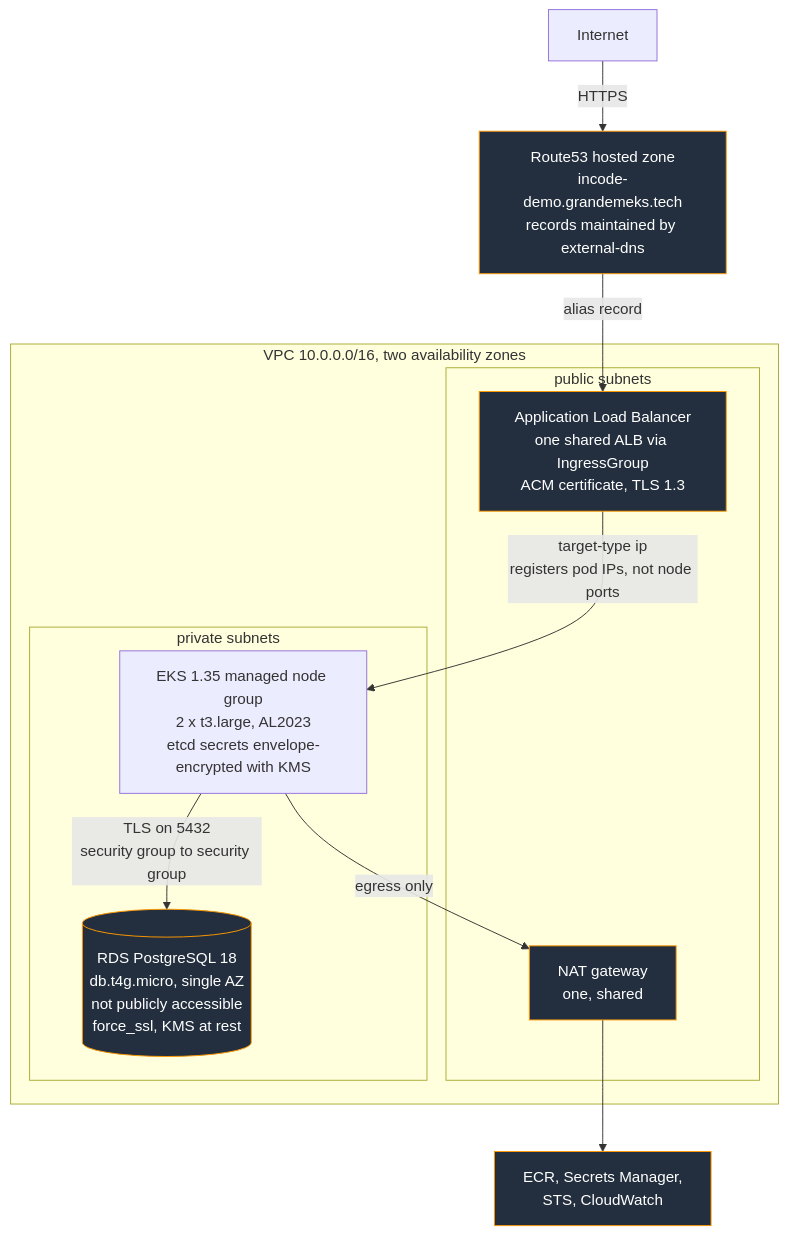
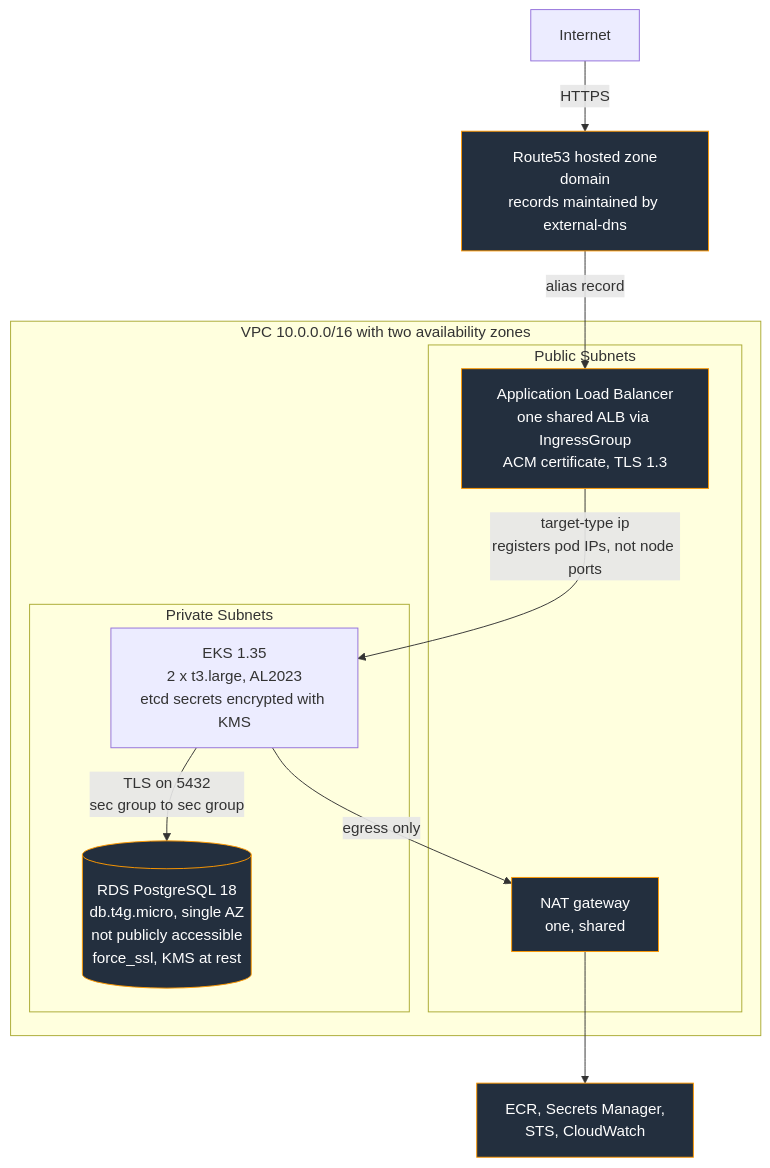
One commit to grandemeks/eks-platform changed the first of 3 diagrams in README.md. Above: the diagram before and after it, drawn with Mermaid. The commit also changed other lines of this file, not shown here.

Commit message:
docs: improved README.md file to represent whole infrastructure

````diff
--- a/README.md
+++ b/README.md
@@ -18,24 +18,24 @@
 ```mermaid
 flowchart TB
-    user["Internet"] -->|"HTTPS"| r53["Route53 hosted zone<br/>incode-demo.grandemeks.tech<br/>records maintained by external-dns"]
+    user["Internet"] -->|"HTTPS"| r53["Route53 hosted zone<br/>domain<br/>records maintained by external-dns"]
     r53 -->|"alias record"| alb
 
-    subgraph VPC["VPC 10.0.0.0/16, two availability zones"]
-        subgraph PUB["public subnets"]
+    subgraph VPC["VPC 10.0.0.0/16 with two availability zones"]
+        subgraph PUB["Public Subnets"]
             alb["Application Load Balancer<br/>one shared ALB via IngressGroup<br/>ACM certificate, TLS 1.3"]
             nat["NAT gateway<br/>one, shared"]
         end
-        subgraph PRIV["private subnets"]
-            nodes["EKS 1.35 managed node group<br/>2 x t3.large, AL2023<br/>etcd secrets envelope-encrypted with KMS"]
+        subgraph PRIV["Private Subnets"]
+            nodes["EKS 1.35<br/>2 x t3.large, AL2023<br/>etcd secrets encrypted with KMS"]
             rds[("RDS PostgreSQL 18<br/>db.t4g.micro, single AZ<br/>not publicly accessible<br/>force_ssl, KMS at rest")]
         end
     end
 
     alb -->|"target-type ip<br/>registers pod IPs, not node ports"| nodes
-    nodes -->|"TLS on 5432<br/>security group to security group"| rds
+    nodes -->|"TLS on 5432<br/>sec group to sec group"| rds
     nodes -->|"egress only"| nat
     nat --> aws["ECR, Secrets Manager,<br/>STS, CloudWatch"]
 
     classDef aws fill:#232f3e,stroke:#ff9900,color:#ffffff
     class alb,nat,rds,r53,aws aws
 ```
````
